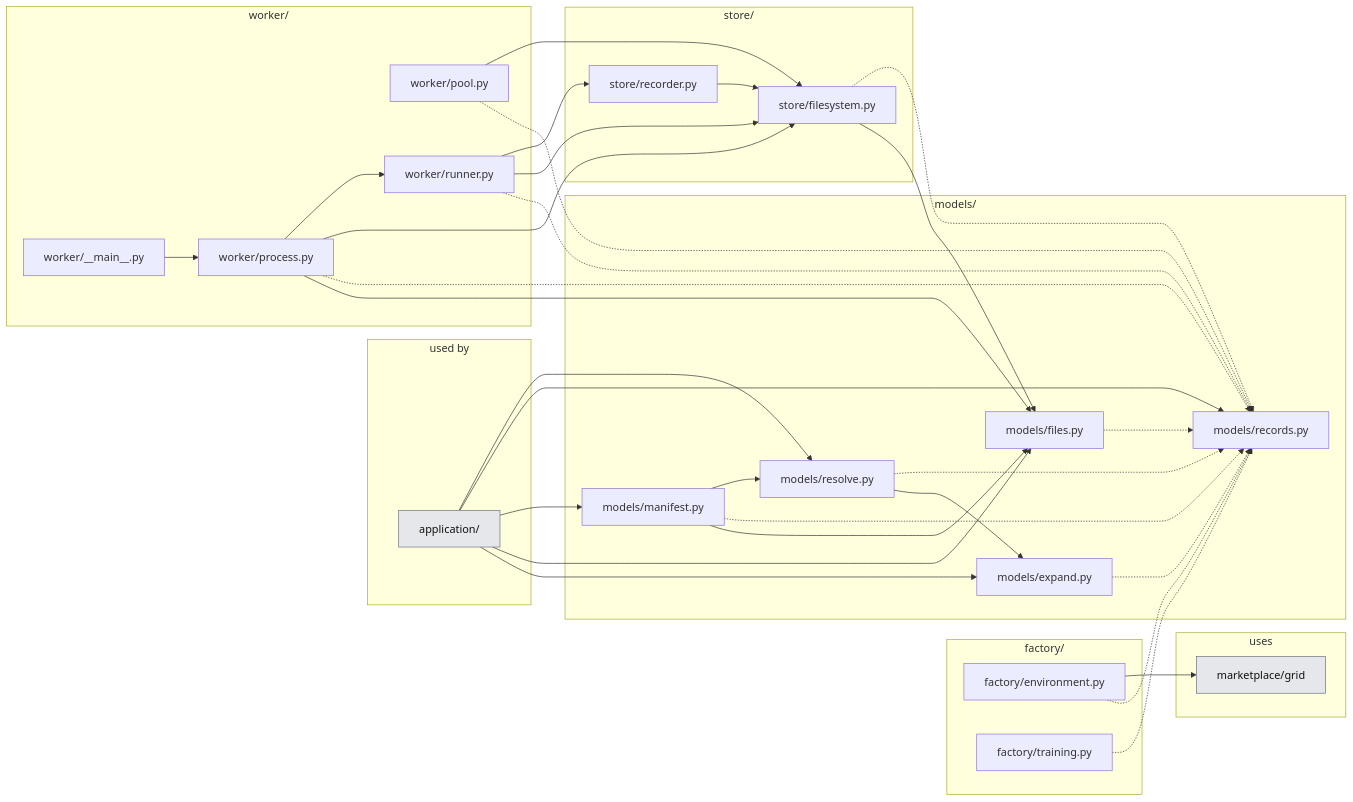
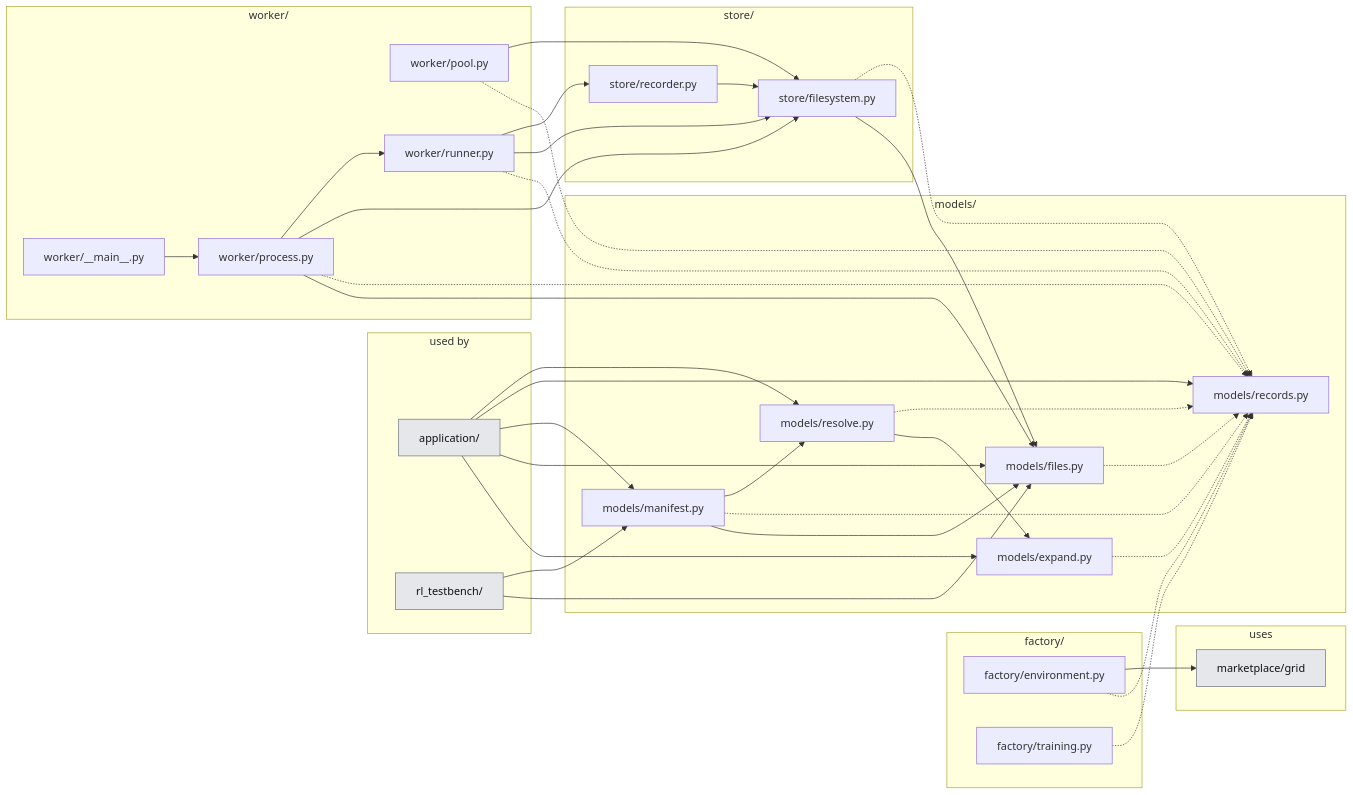
The second of 4 diagrams in docs_thesis/thesis/architecture/03-experiment-layer.md (KevinRapo/P2P-thesis), drawn with Mermaid before and after one commit. The commit also changed other lines of this file and 20 other files, not shown here.

````diff
--- a/docs_thesis/thesis/architecture/03-experiment-layer.md
+++ b/docs_thesis/thesis/architecture/03-experiment-layer.md
@@ -45,59 +45,62 @@
 ```mermaid
 flowchart LR
   subgraph USERS["used by"]
     n_application__users_["application/"]:::ext
+    n_rl_testbench__users_["rl_testbench/"]:::ext
   end
   subgraph g_factory["factory/"]
     n_experiments_factory_environment["factory/environment.py"]
     n_experiments_factory_training["factory/training.py"]
   end
   subgraph g_models["models/"]
     n_experiments_models_expand["models/expand.py"]
     n_experiments_models_files["models/files.py"]
     n_experiments_models_manifest["models/manifest.py"]
     n_experiments_models_records["models/records.py"]
     n_experiments_models_resolve["models/resolve.py"]
   end
   subgraph g_store["store/"]
     n_experiments_store_filesystem["store/filesystem.py"]
     n_experiments_store_recorder["store/recorder.py"]
   end
   subgraph g_worker["worker/"]
     n_experiments_worker___main__["worker/__main__.py"]
     n_experiments_worker_pool["worker/pool.py"]
     n_experiments_worker_process["worker/process.py"]
     n_experiments_worker_runner["worker/runner.py"]
   end
   subgraph USES["uses"]
     n_marketplace_grid["marketplace/grid"]:::ext
   end
   n_application__users_ --> n_experiments_models_expand
   n_application__users_ --> n_experiments_models_files
   n_application__users_ --> n_experiments_models_manifest
   n_application__users_ --> n_experiments_models_records
   n_application__users_ --> n_experiments_models_resolve
   n_experiments_factory_environment -.-> n_experiments_models_records
   n_experiments_factory_environment --> n_marketplace_grid
   n_experiments_factory_training -.-> n_experiments_models_records
   n_experiments_models_expand -.-> n_experiments_models_records
   n_experiments_models_files -.-> n_experiments_models_records
   n_experiments_models_manifest --> n_experiments_models_files
   n_experiments_models_manifest -.-> n_experiments_models_records
   n_experiments_models_manifest --> n_experiments_models_resolve
   n_experiments_models_resolve --> n_experiments_models_expand
   n_experiments_models_resolve -.-> n_experiments_models_records
   n_experiments_store_filesystem --> n_experiments_models_files
   n_experiments_store_filesystem -.-> n_experiments_models_records
   n_experiments_store_recorder --> n_experiments_store_filesystem
   n_experiments_worker___main__ --> n_experiments_worker_process
   n_experiments_worker_pool -.-> n_experiments_models_records
   n_experiments_worker_pool --> n_experiments_store_filesystem
   n_experiments_worker_process --> n_experiments_models_files
   n_experiments_worker_process -.-> n_experiments_models_records
   n_experiments_worker_process --> n_experiments_store_filesystem
   n_experiments_worker_process --> n_experiments_worker_runner
   n_experiments_worker_runner -.-> n_experiments_models_records
   n_experiments_worker_runner --> n_experiments_store_filesystem
   n_experiments_worker_runner --> n_experiments_store_recorder
+  n_rl_testbench__users_ --> n_experiments_models_files
+  n_rl_testbench__users_ --> n_experiments_models_manifest
   classDef ext fill:#e5e7eb,stroke:#6b7280,color:#111
 ```
````
